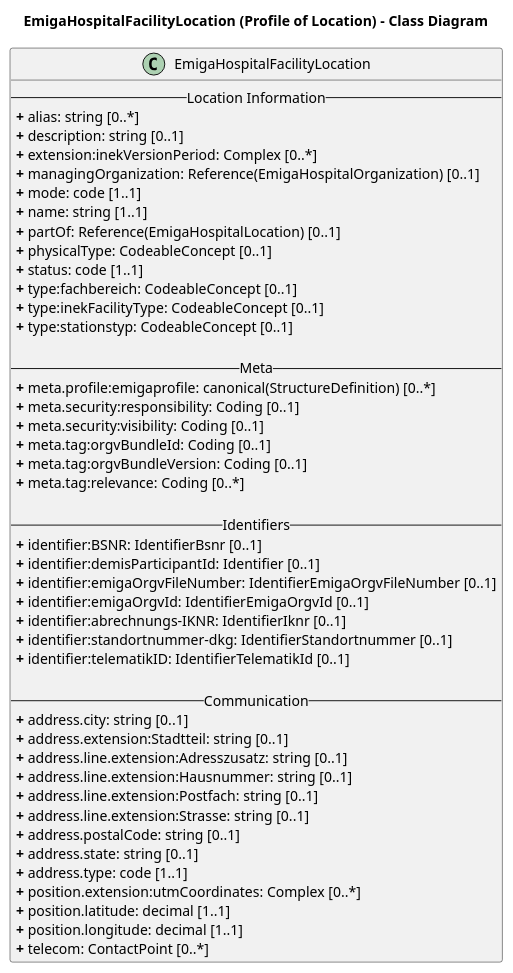
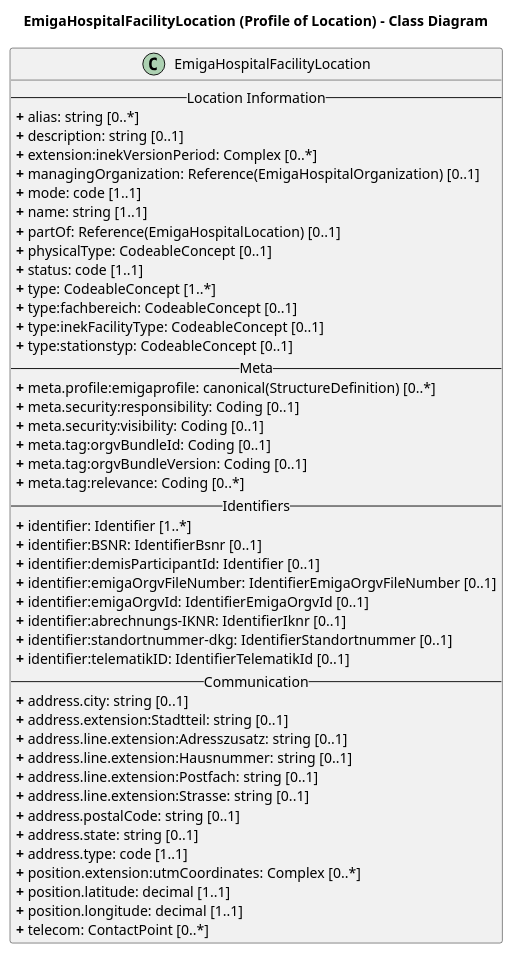
The diagram in rki.emiga.vzd/PlantUML/HospitalFacilityLocation.puml (robert-koch-institut/rki.emiga.vzd), drawn with PlantUML before and after one commit. The commit also changed 3 other files, not shown here.

```diff
--- a/rki.emiga.vzd/PlantUML/HospitalFacilityLocation.puml
+++ b/rki.emiga.vzd/PlantUML/HospitalFacilityLocation.puml
@@ -1,55 +1,54 @@
 @startuml
 skinparam linetype ortho
 
 title EmigaHospitalFacilityLocation (Profile of Location) - Class Diagram
 
 ' Main Class
 class EmigaHospitalFacilityLocation{
 -- Location Information --
 <b>+</b> alias: string [0..*]
 <b>+</b> description: string [0..1]
 <b>+</b> extension:inekVersionPeriod: Complex [0..*]
 <b>+</b> managingOrganization: Reference(EmigaHospitalOrganization) [0..1]
 <b>+</b> mode: code [1..1]
 <b>+</b> name: string [1..1]
 <b>+</b> partOf: Reference(EmigaHospitalLocation) [0..1]
 <b>+</b> physicalType: CodeableConcept [0..1]
 <b>+</b> status: code [1..1]
+<b>+</b> type: CodeableConcept [1..*]
 <b>+</b> type:fachbereich: CodeableConcept [0..1]
 <b>+</b> type:inekFacilityType: CodeableConcept [0..1]
 <b>+</b> type:stationstyp: CodeableConcept [0..1]
-
 -- Meta --
 <b>+</b> meta.profile:emigaprofile: canonical(StructureDefinition) [0..*]
 <b>+</b> meta.security:responsibility: Coding [0..1]
 <b>+</b> meta.security:visibility: Coding [0..1]
 <b>+</b> meta.tag:orgvBundleId: Coding [0..1]
 <b>+</b> meta.tag:orgvBundleVersion: Coding [0..1]
 <b>+</b> meta.tag:relevance: Coding [0..*]
-
 -- Identifiers --
+<b>+</b> identifier: Identifier [1..*] 
 <b>+</b> identifier:BSNR: IdentifierBsnr [0..1] 
 <b>+</b> identifier:demisParticipantId: Identifier [0..1]
 <b>+</b> identifier:emigaOrgvFileNumber: IdentifierEmigaOrgvFileNumber [0..1]
 <b>+</b> identifier:emigaOrgvId: IdentifierEmigaOrgvId [0..1]
 <b>+</b> identifier:abrechnungs-IKNR: IdentifierIknr [0..1]
 <b>+</b> identifier:standortnummer-dkg: IdentifierStandortnummer [0..1]
 <b>+</b> identifier:telematikID: IdentifierTelematikId [0..1]
-
 -- Communication --
 <b>+</b> address.city: string [0..1]
 <b>+</b> address.extension:Stadtteil: string [0..1]
 <b>+</b> address.line.extension:Adresszusatz: string [0..1]
 <b>+</b> address.line.extension:Hausnummer: string [0..1]
 <b>+</b> address.line.extension:Postfach: string [0..1]
 <b>+</b> address.line.extension:Strasse: string [0..1]
 <b>+</b> address.postalCode: string [0..1]
 <b>+</b> address.state: string [0..1]
 <b>+</b> address.type: code [1..1]
 <b>+</b> position.extension:utmCoordinates: Complex [0..*]
 <b>+</b> position.latitude: decimal [1..1]
 <b>+</b> position.longitude: decimal [1..1]
 <b>+</b> telecom: ContactPoint [0..*]
 }
 
 @enduml
```
